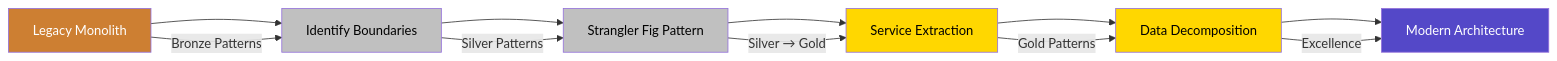
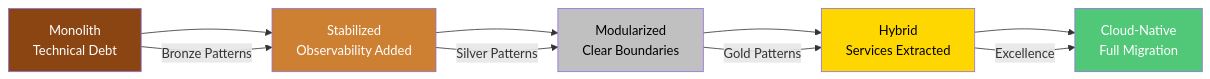
Before and after one commit to deepaucksharma/DStudio: the first of 3 diagrams in docs/excellence/excellence-journeys/legacy-modernization.md, drawn with Mermaid. The commit also changed other lines of this file and 4 other files, not shown here.

````diff
--- a/docs/excellence/excellence-journeys/legacy-modernization.md
+++ b/docs/excellence/excellence-journeys/legacy-modernization.md
@@ -33,21 +33,18 @@
 ```mermaid
 graph LR
-    A[Legacy Monolith] --> B[Identify Boundaries]
-    B --> C[Strangler Fig Pattern]
-    C --> D[Service Extraction]
-    D --> E[Data Decomposition]
-    E --> F[Modern Architecture]
+    A[Monolith<br/>Technical Debt] --> B[Stabilized<br/>Observability Added]
+    B --> C[Modularized<br/>Clear Boundaries]
+    C --> D[Hybrid<br/>Services Extracted]
+    D --> E[Cloud-Native<br/>Full Migration]
     
     A -->|Bronze Patterns| B
     B -->|Silver Patterns| C
-    C -->|Silver → Gold| D
-    D -->|Gold Patterns| E
-    E -->|Excellence| F
+    C -->|Gold Patterns| D
+    D -->|Excellence| E
     
-    style A fill:#CD7F32,color:#fff
-    style B fill:#C0C0C0,color:#000
+    style A fill:#8B4513,color:#fff
+    style B fill:#CD7F32,color:#fff
     style C fill:#C0C0C0,color:#000
     style D fill:#FFD700,color:#000
-    style E fill:#FFD700,color:#000
-    style F fill:#5448C8,color:#fff
+    style E fill:#50C878,color:#fff
 ```
````
